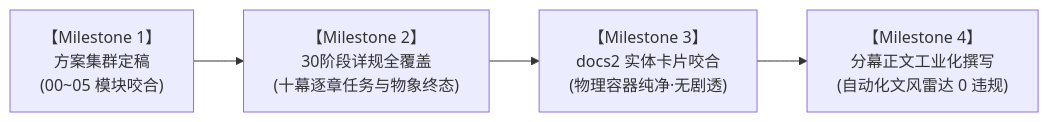
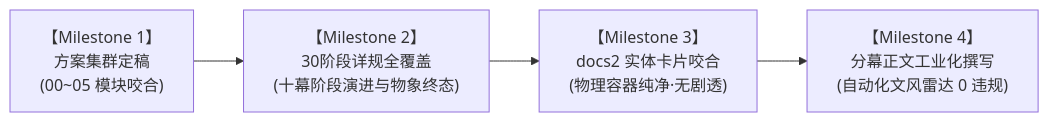
The fifth of 5 diagrams in 方案/第二部/主线与世界扩充方案/00_第二部宏篇主线总纲与方案管理中枢.md (soranokiseki1437/eldoria-worldbook), drawn with Mermaid before and after one commit. The commit also changed other lines of this file and 96 other files, not shown here.

````diff
--- a/方案/第二部/主线与世界扩充方案/00_第二部宏篇主线总纲与方案管理中枢.md
+++ b/方案/第二部/主线与世界扩充方案/00_第二部宏篇主线总纲与方案管理中枢.md
@@ -363,6 +357,6 @@
 ```mermaid
 graph LR
-    M1["【Milestone 1】<br/>方案集群定稿<br/>(00~05 模块咬合)"] --> M2["【Milestone 2】<br/>30阶段详规全覆盖<br/>(十幕逐章任务与物象终态)"]
+    M1["【Milestone 1】<br/>方案集群定稿<br/>(00~05 模块咬合)"] --> M2["【Milestone 2】<br/>30阶段详规全覆盖<br/>(十幕阶段演进与物象终态)"]
     M2 --> M3["【Milestone 3】<br/>docs2 实体卡片咬合<br/>(物理容器纯净·无剧透)"]
     M3 --> M4["【Milestone 4】<br/>分幕正文工业化撰写<br/>(自动化文风雷达 0 违规)"]
 ```
````
